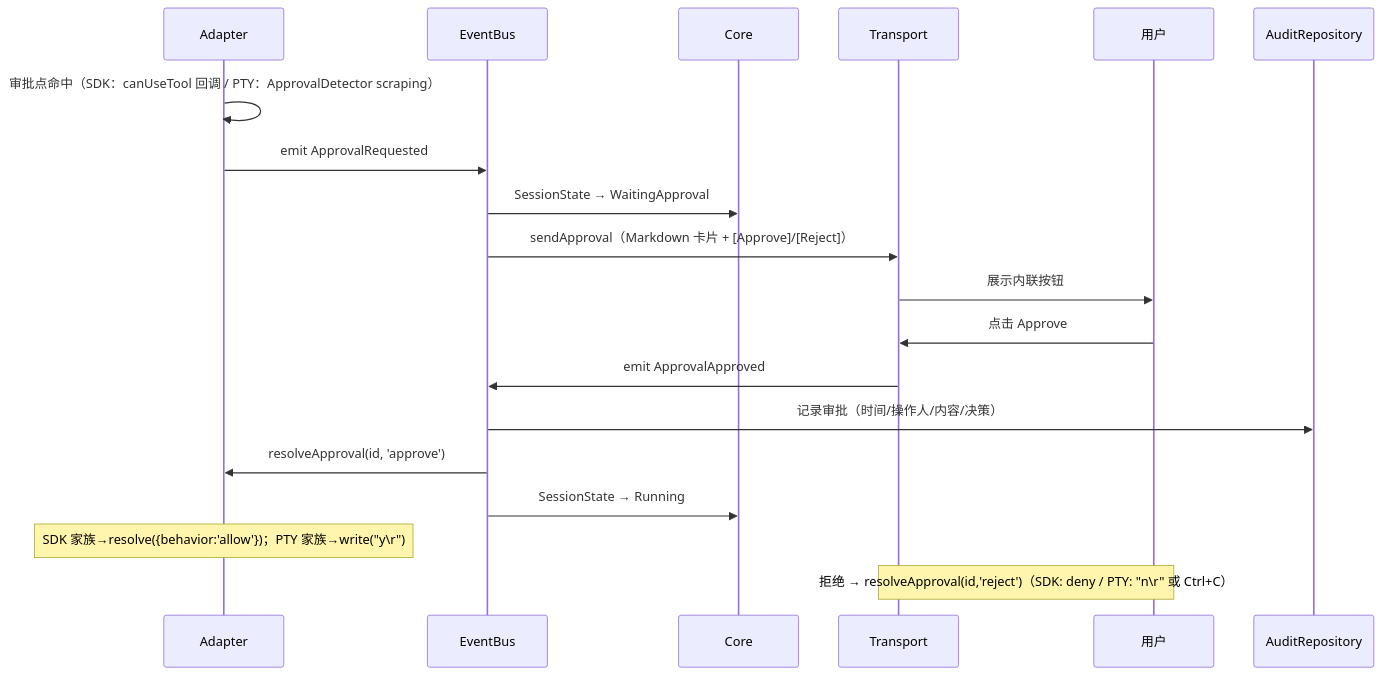
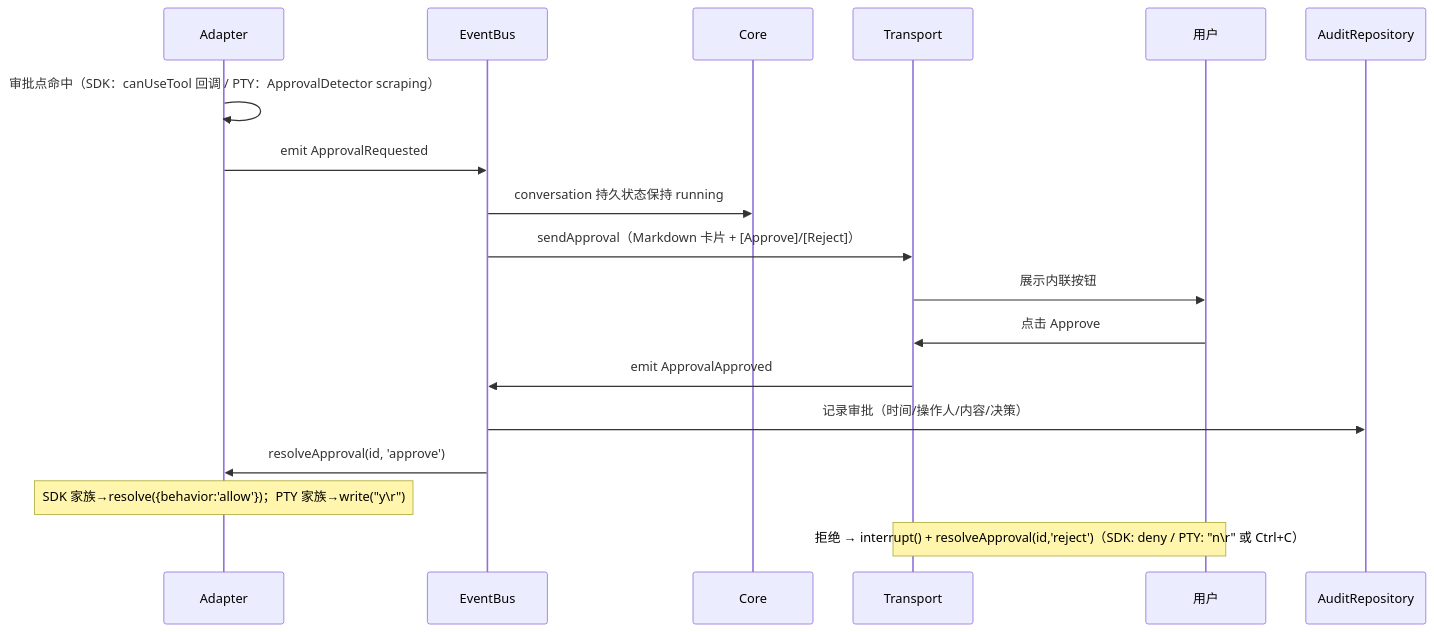
Before and after one commit to ygq-future/ai-cli-hub: the sixth of 15 diagrams in docs/02-Architecture.md, drawn with Mermaid. The commit also changed other lines of this file and 9 other files, not shown here.

````diff
--- a/docs/02-Architecture.md
+++ b/docs/02-Architecture.md
@@ -308,22 +309,21 @@
 ```mermaid
 sequenceDiagram
     participant A as Adapter
     participant B as EventBus
     participant C as Core
     participant T as Transport
     participant U as 用户
     participant AU as AuditRepository
 
     A->>A: 审批点命中（SDK：canUseTool 回调 / PTY：ApprovalDetector scraping）
     A->>B: emit ApprovalRequested
-    B->>C: SessionState → WaitingApproval
+    B->>C: conversation 持久状态保持 running
     B->>T: sendApproval（Markdown 卡片 + [Approve]/[Reject]）
     T->>U: 展示内联按钮
     U->>T: 点击 Approve
     T->>B: emit ApprovalApproved
     B->>AU: 记录审批（时间/操作人/内容/决策）
     B->>A: resolveApproval(id, 'approve')
-    B->>C: SessionState → Running
     Note over A: SDK 家族→resolve({behavior:'allow'})；PTY 家族→write("y\r")
-    Note over T,U: 拒绝 → resolveApproval(id,'reject')（SDK: deny / PTY: "n\r" 或 Ctrl+C）
+    Note over T,U: 拒绝 → interrupt() + resolveApproval(id,'reject')（SDK: deny / PTY: "n\r" 或 Ctrl+C）
 ```
````
